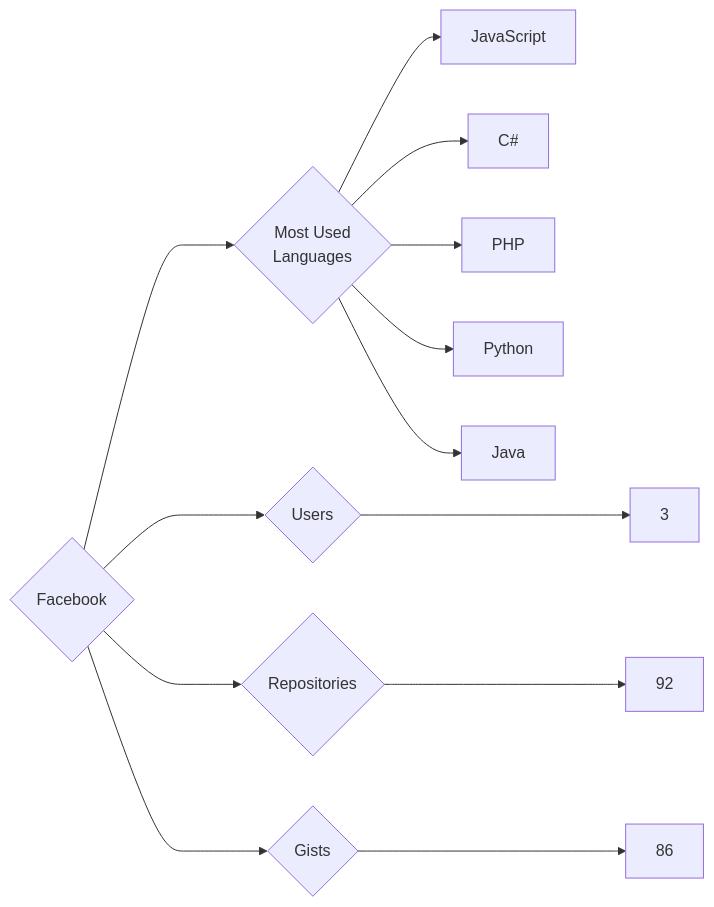
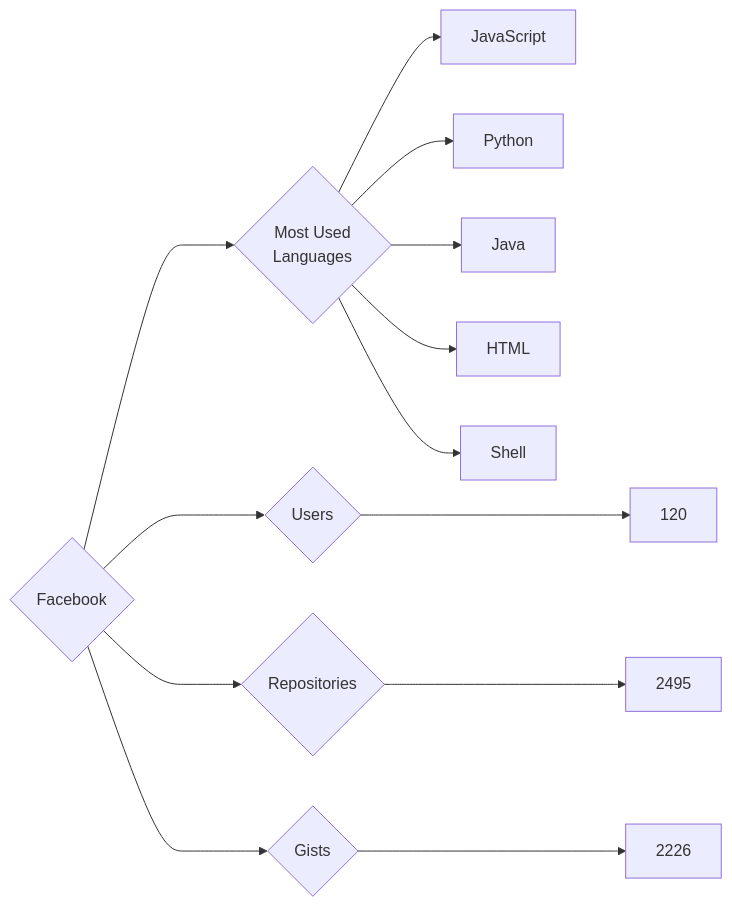
Before and after one commit to trickest/insiders: the diagram in targets/Facebook/README.md, drawn with Mermaid. The commit also changed 935 other files, not shown here.

````diff
--- a/targets/Facebook/README.md
+++ b/targets/Facebook/README.md
@@ -3,13 +3,13 @@
 ```mermaid
 graph LR
 COMPANY_NAME{Facebook}
-COMPANY_NAME ---> U{Users} ---> UN[3]
-COMPANY_NAME ---> R{Repositories} ---> RN[92]
-COMPANY_NAME ---> G{Gists} ---> GN[86]
+COMPANY_NAME ---> U{Users} ---> UN[120]
+COMPANY_NAME ---> R{Repositories} ---> RN[2495]
+COMPANY_NAME ---> G{Gists} ---> GN[2226]
 COMPANY_NAME ---> ML{Most Used<br>Languages}
 ML --> JavaScript[JavaScript]
-ML --> C#[C#]
-ML --> PHP[PHP]
 ML --> Python[Python]
 ML --> Java[Java]
+ML --> HTML[HTML]
+ML --> Shell[Shell]
 ```
````
